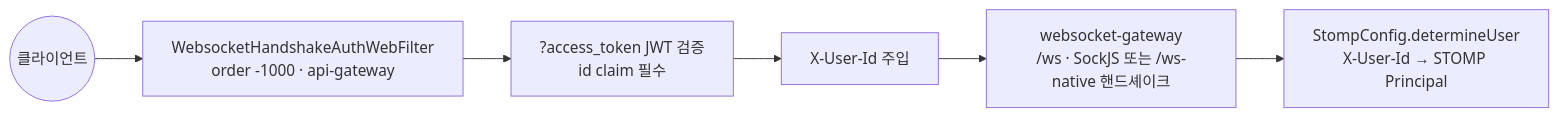
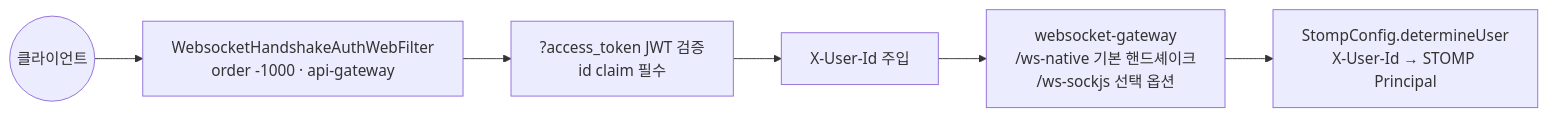
Before and after one commit to noah0504789/crypto-project-backend: the eighth of 17 diagrams in docs/SERVICE_FLOWS.md, drawn with Mermaid. The commit also changed other lines of this file and 23 other files, not shown here.

First line of the commit message:
[refactor] websocket-gateway: 외부 계약과 로그 정책 정리 (#302)

````diff
--- a/docs/SERVICE_FLOWS.md
+++ b/docs/SERVICE_FLOWS.md
@@ -185,11 +185,11 @@
 ```mermaid
 graph LR
   C(("클라이언트"))
   F["WebsocketHandshakeAuthWebFilter<br/>order -1000 · api-gateway"]
   V["?access_token JWT 검증<br/>id claim 필수"]
   H["X-User-Id 주입"]
-  WS["websocket-gateway<br/>/ws · SockJS 또는 /ws-native 핸드셰이크"]
+  WS["websocket-gateway<br/>/ws-native 기본 핸드셰이크<br/>/ws-sockjs 선택 옵션"]
   PR["StompConfig.determineUser<br/>X-User-Id → STOMP Principal"]
 
   C --> F --> V --> H --> WS --> PR
 ```
````
